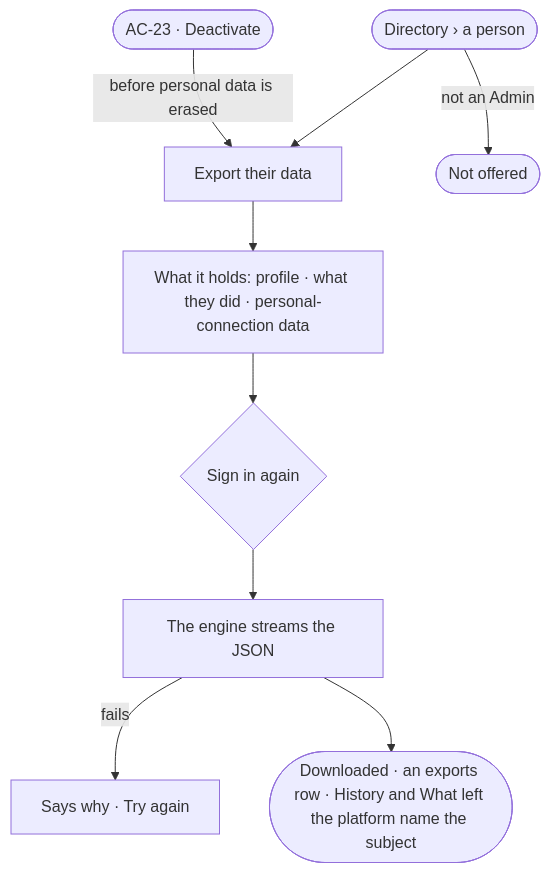
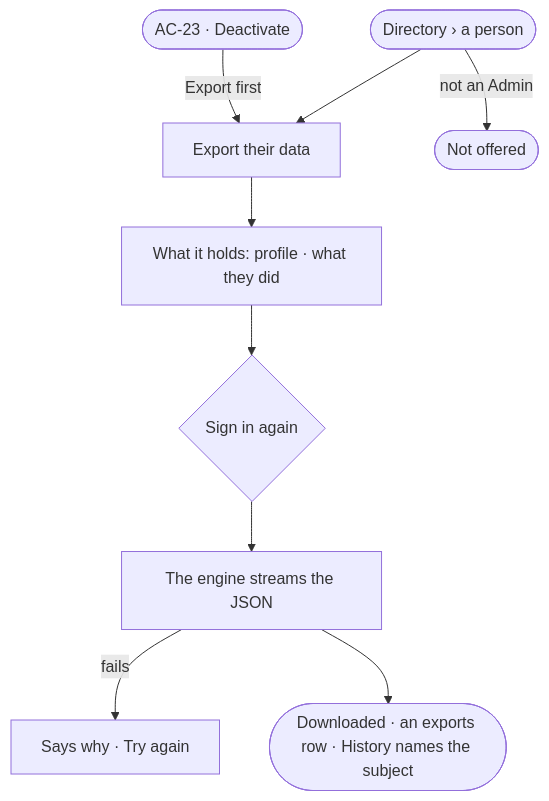
One commit to invana/invana changed the diagram in specs/os/access/features/AC-F12-leaving-and-keeping/stories/AC-47-export-everything-held-about-a-person/story.md. Above: the diagram before and after it, drawn with Mermaid. The commit also changed other lines of this file and 5 other files, not shown here.

````diff
--- a/specs/os/access/features/AC-F12-leaving-and-keeping/stories/AC-47-export-everything-held-about-a-person/story.md
+++ b/specs/os/access/features/AC-F12-leaving-and-keeping/stories/AC-47-export-everything-held-about-a-person/story.md
@@ -27,11 +27,11 @@
 ```mermaid
 flowchart TD
   s([Directory › a person]) --> e["Export their data"]
   s -->|not an Admin| no(["Not offered"])
-  e --> m["What it holds: profile · what they did · personal-connection data"]
+  e --> m["What it holds: profile · what they did"]
   m --> pw{"Sign in again"}
   pw --> st["The engine streams the JSON"]
   st -->|fails| f["Says why · Try again"]
-  st --> ok(["Downloaded · an exports row · History and What left the platform name the subject"])
-  d([AC-23 · Deactivate]) -->|before personal data is erased| e
+  st --> ok(["Downloaded · an exports row · History names the subject"])
+  d([AC-23 · Deactivate]) -->|Export first| e
 ```
````
